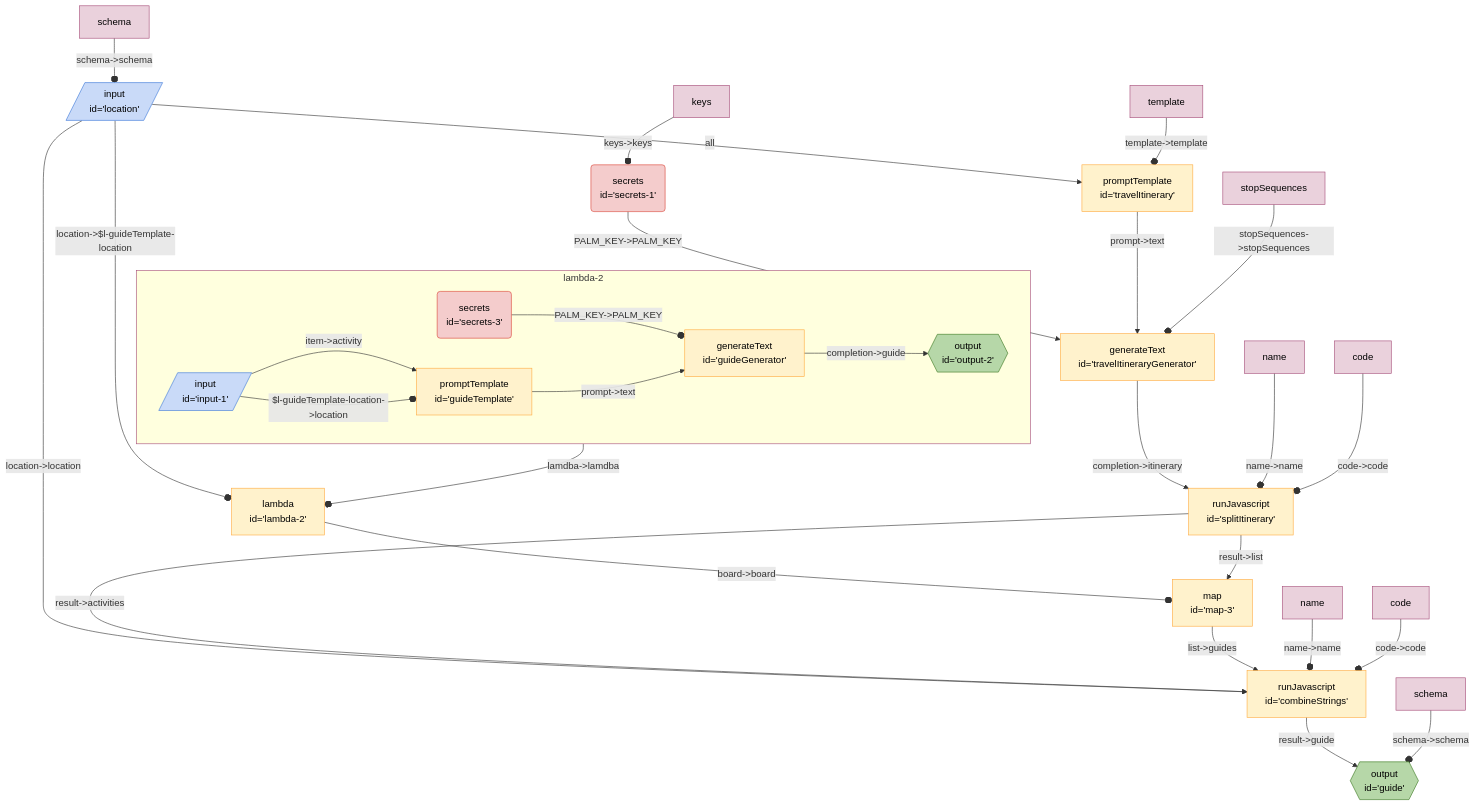
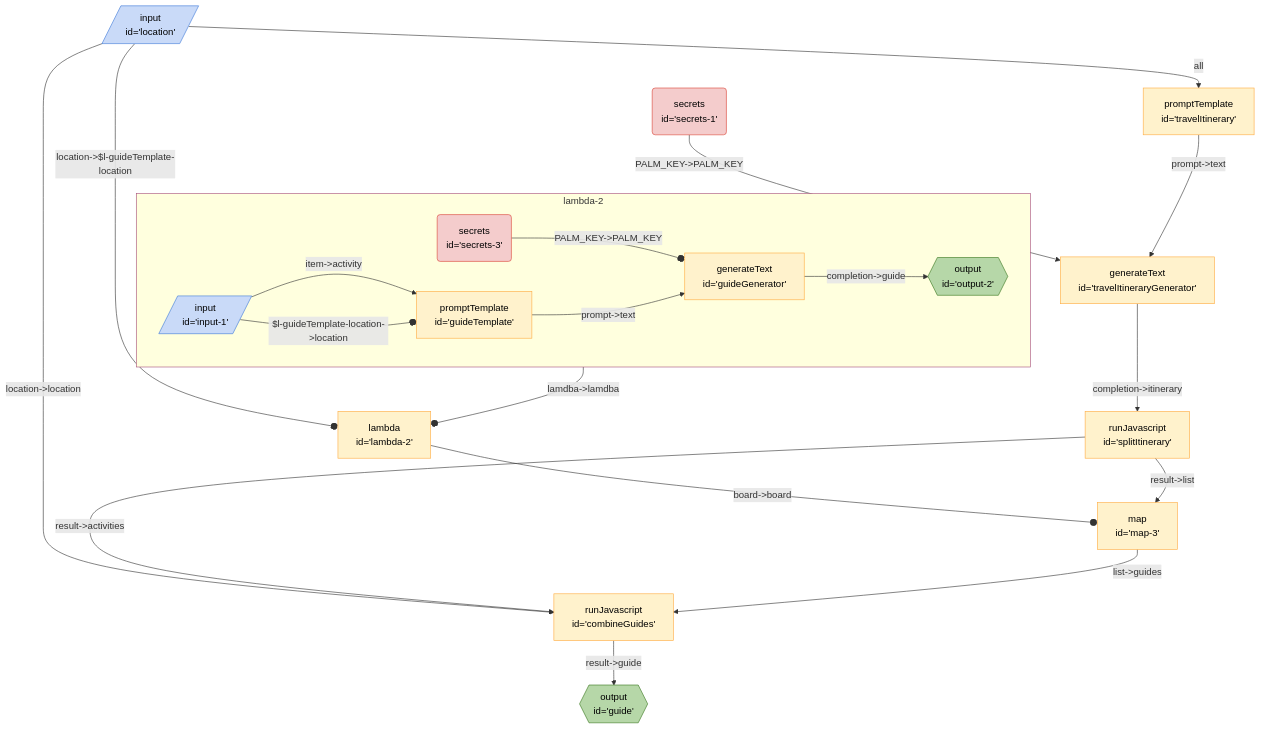
The diagram in seeds/breadboard-web/docs/graphs/tour-guide-writer.md (breadboard-ai/breadboard), drawn with Mermaid before and after one commit. The commit also changed 30 other files, not shown here.

````diff
--- a/seeds/breadboard-web/docs/graphs/tour-guide-writer.md
+++ b/seeds/breadboard-web/docs/graphs/tour-guide-writer.md
@@ -3,45 +3,32 @@
 ```mermaid
 %%{init: 'themeVariables': { 'fontFamily': 'Fira Code, monospace' }}%%
 graph TD;
 secrets1("secrets <br> id='secrets-1'"):::secrets -- "PALM_KEY->PALM_KEY" --> travelItineraryGenerator["generateText <br> id='travelItineraryGenerator'"]
 location[/"input <br> id='location'"/]:::input -- "location->$l-guideTemplate-location" --o lambda2["lambda <br> id='lambda-2'"]
 lambda2["lambda <br> id='lambda-2'"] -- "board->board" --o map3["map <br> id='map-3'"]
 subgraph sg_lambda2 [lambda-2]
 lambda2_secrets3("secrets <br> id='secrets-3'"):::secrets -- "PALM_KEY->PALM_KEY" --o lambda2_guideGenerator["generateText <br> id='guideGenerator'"]
 lambda2_guideGenerator["generateText <br> id='guideGenerator'"] -- "completion->guide" --> lambda2_output2{{"output <br> id='output-2'"}}:::output
 lambda2_guideTemplate["promptTemplate <br> id='guideTemplate'"] -- "prompt->text" --> lambda2_guideGenerator["generateText <br> id='guideGenerator'"]
 lambda2_input1[/"input <br> id='input-1'"/]:::input -- "item->activity" --> lambda2_guideTemplate["promptTemplate <br> id='guideTemplate'"]
 lambda2_input1[/"input <br> id='input-1'"/]:::input -- "$l-guideTemplate-location->location" --o lambda2_guideTemplate["promptTemplate <br> id='guideTemplate'"]
-
-
-
 end
 sg_lambda2:::slotted -- "lamdba->lamdba" --o lambda2
 
-combineStrings["runJavascript <br> id='combineStrings'"] -- "result->guide" --> guide{{"output <br> id='guide'"}}:::output
-location[/"input <br> id='location'"/]:::input -- "location->location" --> combineStrings["runJavascript <br> id='combineStrings'"]
-splitItinerary["runJavascript <br> id='splitItinerary'"] -- "result->activities" --> combineStrings["runJavascript <br> id='combineStrings'"]
-map3["map <br> id='map-3'"] -- "list->guides" --> combineStrings["runJavascript <br> id='combineStrings'"]
+combineGuides["runJavascript <br> id='combineGuides'"] -- "result->guide" --> guide{{"output <br> id='guide'"}}:::output
+location[/"input <br> id='location'"/]:::input -- "location->location" --> combineGuides["runJavascript <br> id='combineGuides'"]
+splitItinerary["runJavascript <br> id='splitItinerary'"] -- "result->activities" --> combineGuides["runJavascript <br> id='combineGuides'"]
+map3["map <br> id='map-3'"] -- "list->guides" --> combineGuides["runJavascript <br> id='combineGuides'"]
 splitItinerary["runJavascript <br> id='splitItinerary'"] -- "result->list" --> map3["map <br> id='map-3'"]
 travelItineraryGenerator["generateText <br> id='travelItineraryGenerator'"] -- "completion->itinerary" --> splitItinerary["runJavascript <br> id='splitItinerary'"]
 travelItinerary["promptTemplate <br> id='travelItinerary'"] -- "prompt->text" --> travelItineraryGenerator["generateText <br> id='travelItineraryGenerator'"]
 location[/"input <br> id='location'"/]:::input -- all --> travelItinerary["promptTemplate <br> id='travelItinerary'"]
-schemalocation[schema]:::config -- "schema->schema" --o location
-schemaguide[schema]:::config -- "schema->schema" --o guide
-templatetravelItinerary[template]:::config -- "template->template" --o travelItinerary
-stopSequencestravelItineraryGenerator[stopSequences]:::config -- "stopSequences->stopSequences" --o travelItineraryGenerator
-keyssecrets1[keys]:::config -- "keys->keys" --o secrets1
-namesplitItinerary[name]:::config -- "name->name" --o splitItinerary
-codesplitItinerary[code]:::config -- "code->code" --o splitItinerary
-
-namecombineStrings[name]:::config -- "name->name" --o combineStrings
-codecombineStrings[code]:::config -- "code->code" --o combineStrings
 classDef default stroke:#ffab40,fill:#fff2ccff,color:#000
 classDef input stroke:#3c78d8,fill:#c9daf8ff,color:#000
 classDef output stroke:#38761d,fill:#b6d7a8ff,color:#000
 classDef passthrough stroke:#a64d79,fill:#ead1dcff,color:#000
 classDef slot stroke:#a64d79,fill:#ead1dcff,color:#000
 classDef config stroke:#a64d79,fill:#ead1dcff,color:#000
 classDef secrets stroke:#db4437,fill:#f4cccc,color:#000
 classDef slotted stroke:#a64d79
 ```
````
